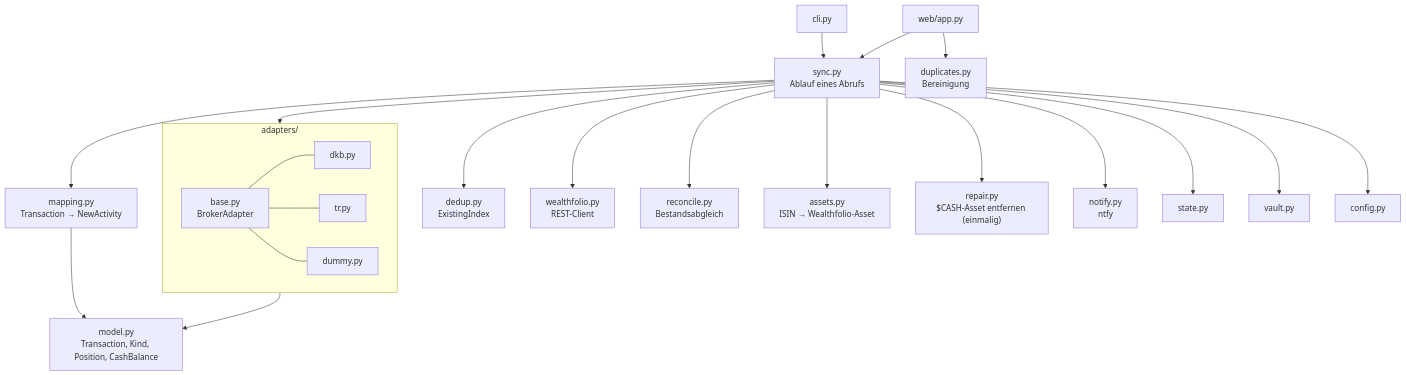
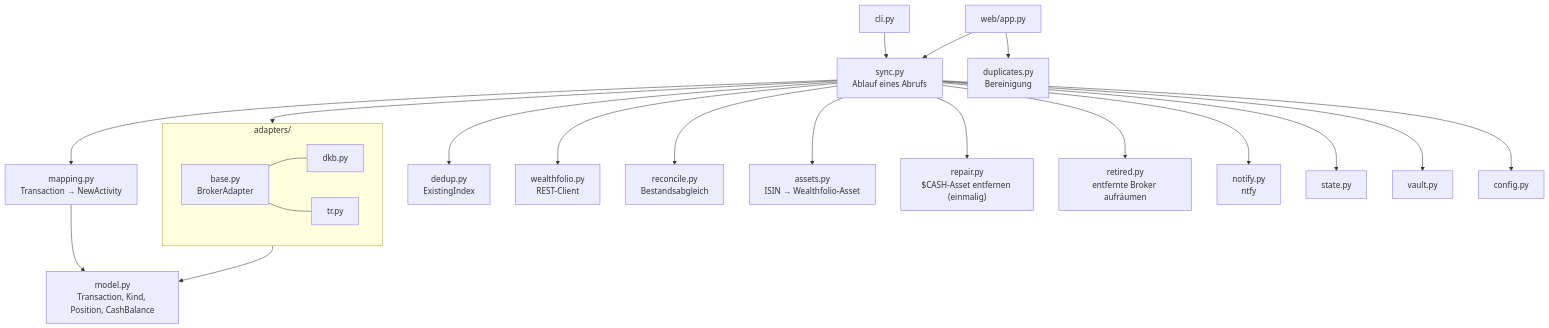
One commit to waldonso2/Wealthfolio-broker-sync-service changed the second of 3 diagrams in ARCHITECTURE.md. Above: the diagram before and after it, drawn with Mermaid. The commit also changed other lines of this file and 28 other files, not shown here.

First line of the commit message:
Remove the test broker "Dummy"; clean up existing installations (0.3.7) (#16)

````diff
--- a/ARCHITECTURE.md
+++ b/ARCHITECTURE.md
@@ -40,20 +40,21 @@
 ```mermaid
 flowchart TB
   cli["cli.py"] --> sync
   web["web/app.py"] --> sync
   sync["sync.py<br/>Ablauf eines Abrufs"] --> adapters
   sync --> mapping["mapping.py<br/>Transaction → NewActivity"]
   sync --> dedup["dedup.py<br/>ExistingIndex"]
   sync --> wf["wealthfolio.py<br/>REST-Client"]
   sync --> reconcile["reconcile.py<br/>Bestandsabgleich"]
   sync --> assets["assets.py<br/>ISIN → Wealthfolio-Asset"]
   sync --> repair["repair.py<br/>$CASH-Asset entfernen (einmalig)"]
+  sync --> retired["retired.py<br/>entfernte Broker aufräumen"]
   sync --> notify["notify.py<br/>ntfy"]
   sync --> state["state.py"] & vault["vault.py"] & config["config.py"]
   web --> duplicates["duplicates.py<br/>Bereinigung"]
   subgraph adapters["adapters/"]
-    base["base.py<br/>BrokerAdapter"] --- dkb["dkb.py"] & tr["tr.py"] & dummy["dummy.py"]
+    base["base.py<br/>BrokerAdapter"] --- dkb["dkb.py"] & tr["tr.py"]
   end
   adapters --> model["model.py<br/>Transaction, Kind, Position, CashBalance"]
   mapping --> model
 ```
````
